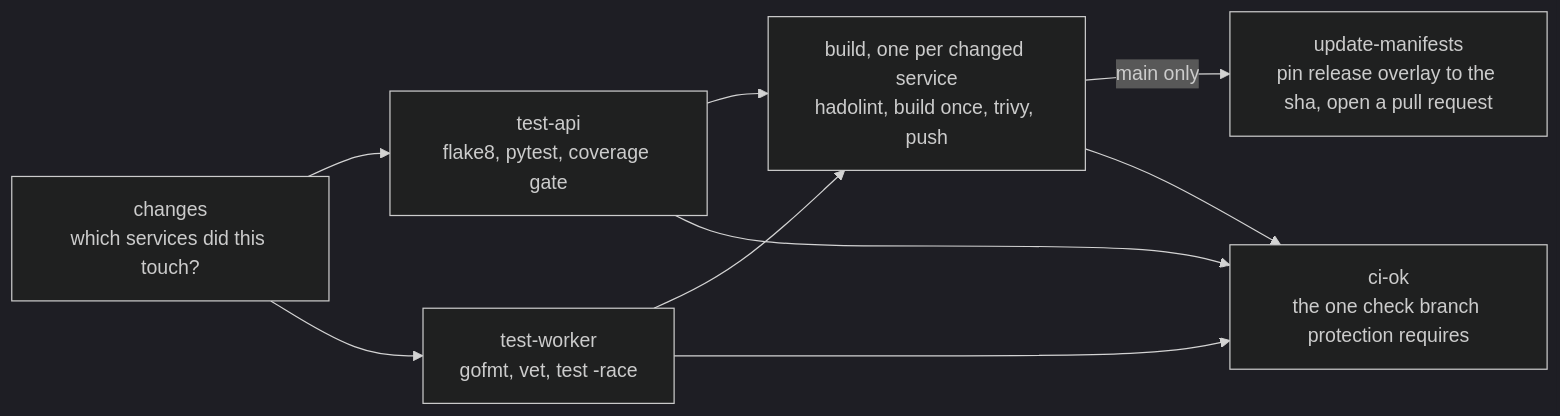
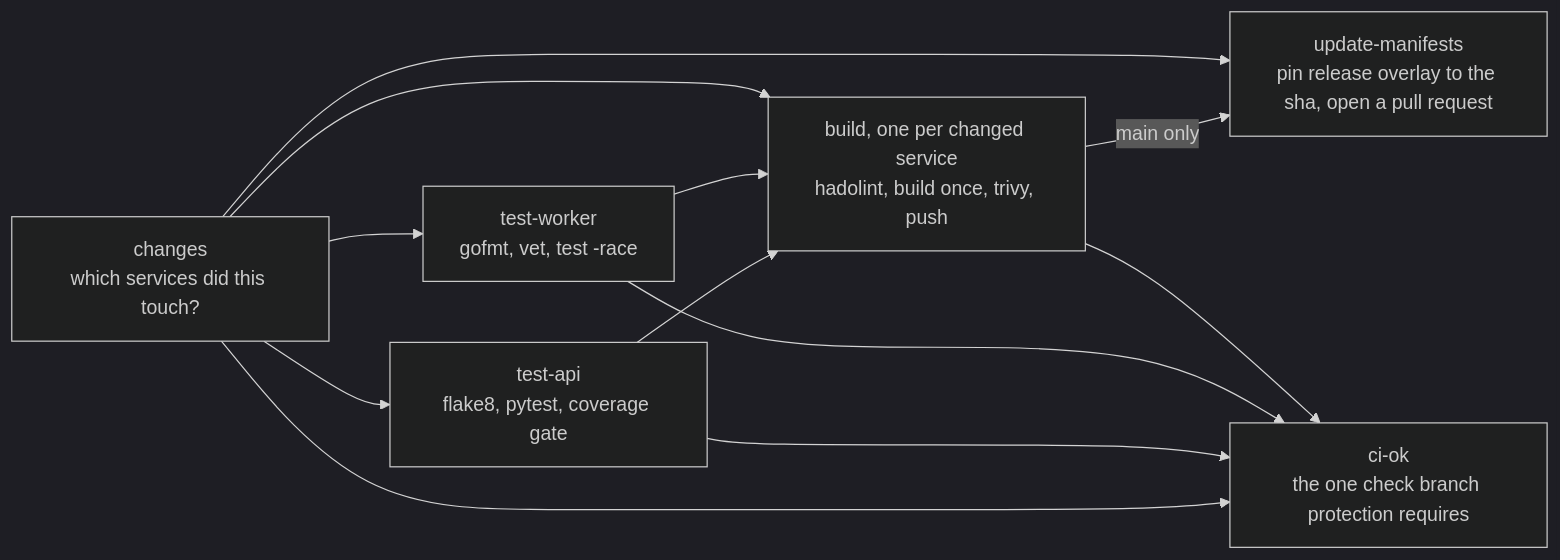
One commit to khadirullah/uptime-checker changed the fifth of 5 diagrams in README.md. Above: the diagram before and after it, drawn with Mermaid (dark theme). The commit also changed other lines of this file and 4 other files, not shown here.

````diff
--- a/README.md
+++ b/README.md
@@ -423,16 +506,19 @@
 ```mermaid
 graph LR
     changes["changes<br/>which services did this touch?"]
     ta["test-api<br/>flake8, pytest, coverage gate"]
     tw["test-worker<br/>gofmt, vet, test -race"]
     b["build, one per changed service<br/>hadolint, build once, trivy, push"]
     um["update-manifests<br/>pin release overlay to the sha, open a pull request"]
     ok["ci-ok<br/>the one check branch protection requires"]
 
     changes --> ta --> b
     changes --> tw --> b
+    changes --> b
     b -->|"main only"| um
+    changes --> um
+    changes --> ok
     ta --> ok
     tw --> ok
     b --> ok
 ```
````
